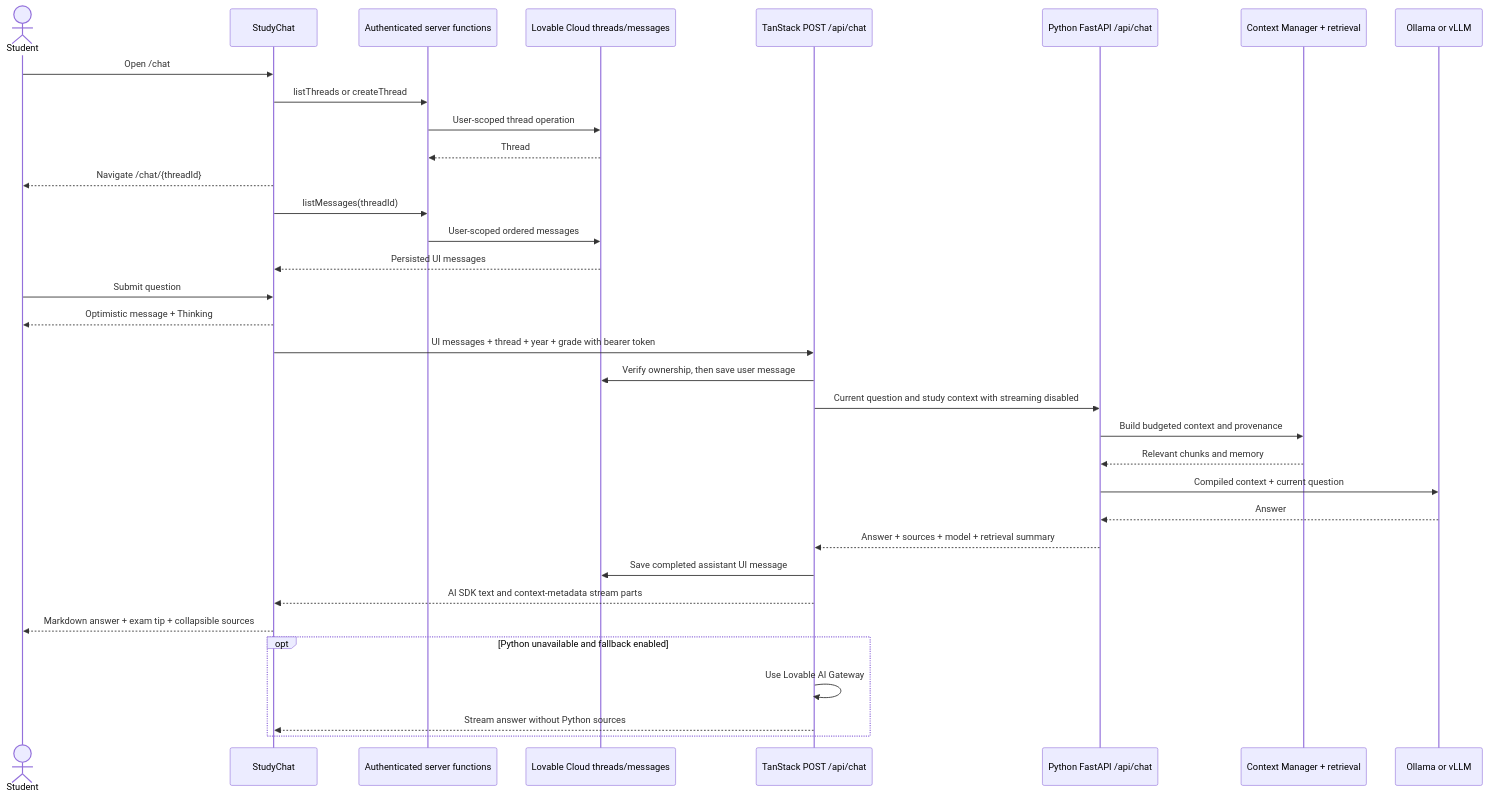
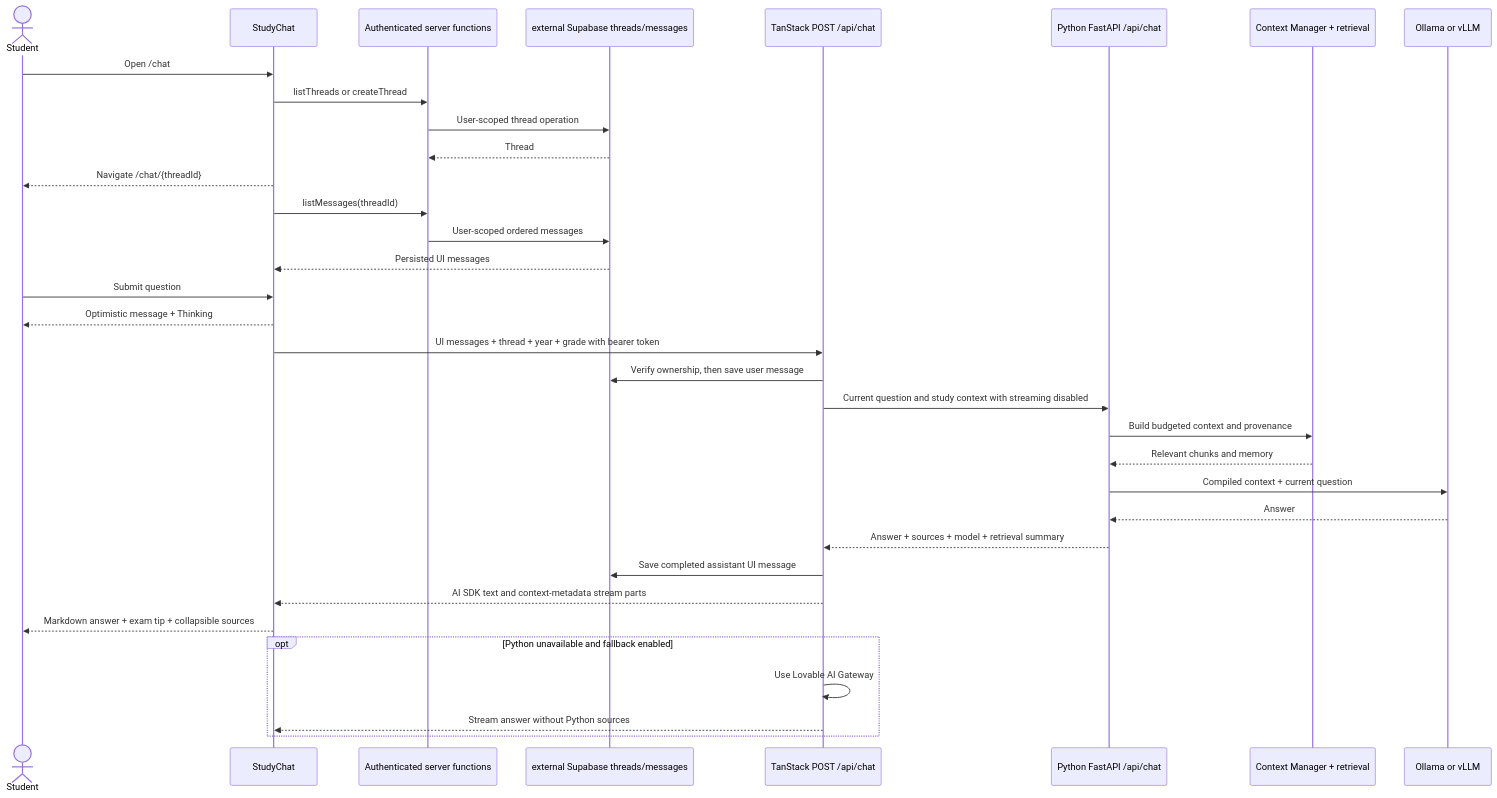
One commit to keyshavmor/study-swiss-star changed the diagram in docs/wireframes/09-chat.mmd. Above: the diagram before and after it, drawn with Mermaid. The commit also changed 13 other files, not shown here.

```diff
--- a/docs/wireframes/09-chat.mmd
+++ b/docs/wireframes/09-chat.mmd
@@ -1,34 +1,34 @@
 sequenceDiagram
   actor Student
   participant UI as StudyChat
   participant Fn as Authenticated server functions
-  participant Cloud as Lovable Cloud threads/messages
+  participant Cloud as external Supabase threads/messages
   participant API as TanStack POST /api/chat
   participant PY as Python FastAPI /api/chat
   participant RAG as Context Manager + retrieval
   participant LLM as Ollama or vLLM
   Student->>UI: Open /chat
   UI->>Fn: listThreads or createThread
   Fn->>Cloud: User-scoped thread operation
   Cloud-->>Fn: Thread
   UI-->>Student: Navigate /chat/{threadId}
   UI->>Fn: listMessages(threadId)
   Fn->>Cloud: User-scoped ordered messages
   Cloud-->>UI: Persisted UI messages
   Student->>UI: Submit question
   UI-->>Student: Optimistic message + Thinking
   UI->>API: UI messages + thread + year + grade with bearer token
   API->>Cloud: Verify ownership, then save user message
   API->>PY: Current question and study context with streaming disabled
   PY->>RAG: Build budgeted context and provenance
   RAG-->>PY: Relevant chunks and memory
   PY->>LLM: Compiled context + current question
   LLM-->>PY: Answer
   PY-->>API: Answer + sources + model + retrieval summary
   API->>Cloud: Save completed assistant UI message
   API-->>UI: AI SDK text and context-metadata stream parts
   UI-->>Student: Markdown answer + exam tip + collapsible sources
   opt Python unavailable and fallback enabled
     API->>API: Use Lovable AI Gateway
     API-->>UI: Stream answer without Python sources
   end
```
